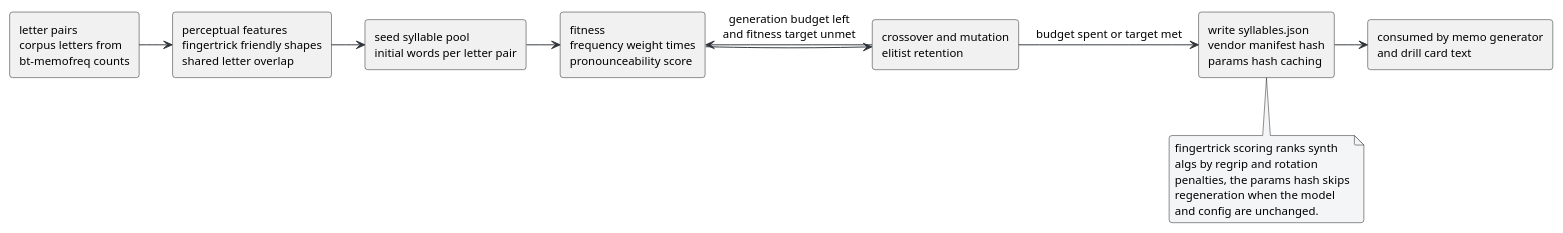
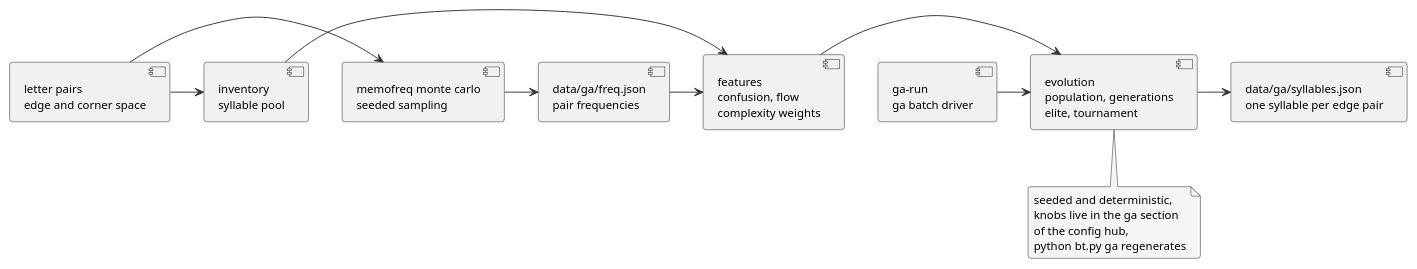
One commit to lavantien/blind-trainer changed the diagram in docs/diagrams/05-ga.puml. Above: the diagram before and after it, drawn with PlantUML. The commit also changed 20 other files, not shown here.

Commit message:
docs(diagrams): current architecture sources, rendered pngs, badge states

```diff
--- a/docs/diagrams/05-ga.puml
+++ b/docs/diagrams/05-ga.puml
@@ -1,29 +1,30 @@
 @startuml 05-ga
 skinparam backgroundColor #FFFFFF
 skinparam defaultFontName Segoe UI
 skinparam defaultFontSize 12
 skinparam roundCorner 6
 skinparam ArrowColor #2f3439
 skinparam NoteBackgroundColor #f4f5f6
-rectangle "letter pairs\ncorpus letters from\nbt-memofreq counts" as letters
-rectangle "perceptual features\nfingertrick friendly shapes\nshared letter overlap" as features
-rectangle "seed syllable pool\ninitial words per letter pair" as pool
-rectangle "fitness\nfrequency weight times\npronounceability score" as fitness
-rectangle "crossover and mutation\nelitist retention" as evolve
-rectangle "write syllables.json\nvendor manifest hash\nparams hash caching" as write
-rectangle "consumed by memo generator\nand drill card text" as consumed
-letters -> features
-features -> pool
-pool -> fitness
-fitness -> evolve
-evolve -> fitness : generation budget left\nand fitness target unmet
-evolve -> write : budget spent or target met
-write -> consumed
-note bottom of write
-  fingertrick scoring ranks synth
-  algs by regrip and rotation
-  penalties, the params hash skips
-  regeneration when the model
-  and config are unchanged.
+component "letter pairs\nedge and corner space" as pairs
+component "memofreq monte carlo\nseeded sampling" as freq_tool
+component "data/ga/freq.json\npair frequencies" as freq
+component "inventory\nsyllable pool" as inventory
+component "features\nconfusion, flow\ncomplexity weights" as features
+component "evolution\npopulation, generations\nelite, tournament" as evolve
+component "data/ga/syllables.json\none syllable per edge pair" as syllables
+component "ga-run\nga batch driver" as garun
+pairs -> freq_tool
+freq_tool -> freq
+pairs -> inventory
+freq -> features
+inventory -> features
+features -> evolve
+evolve -> syllables
+garun -> evolve
+note bottom of evolve
+  seeded and deterministic,
+  knobs live in the ga section
+  of the config hub,
+  python bt.py ga regenerates
 end note
 @enduml
```
